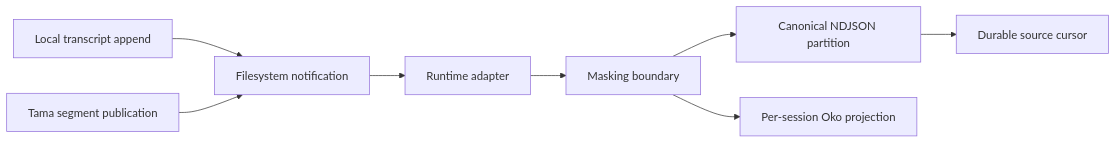
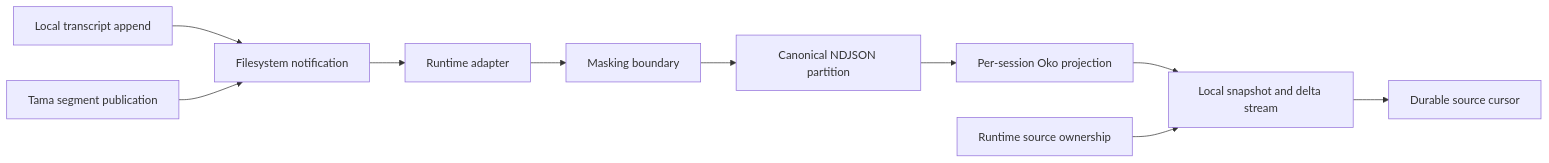
Before and after one commit to wisent-ai/transcript-lake: the diagram in README.md, drawn with Mermaid. The commit also changed other lines of this file and 7 other files, not shown here.

Commit message:
Add live session subscription stream

````diff
--- a/README.md
+++ b/README.md
@@ -80,10 +80,12 @@
 ```mermaid
 flowchart LR
     A[Local transcript append] --> B[Filesystem notification]
     H[Tama segment publication] --> B
     B --> C[Runtime adapter]
     C --> D[Masking boundary]
     D --> E[Canonical NDJSON partition]
-    D --> G[Per-session Oko projection]
-    E --> F[Durable source cursor]
+    E --> G[Per-session Oko projection]
+    G --> I[Local snapshot and delta stream]
+    I --> F[Durable source cursor]
+    P[Runtime source ownership] --> I
 ```
````
